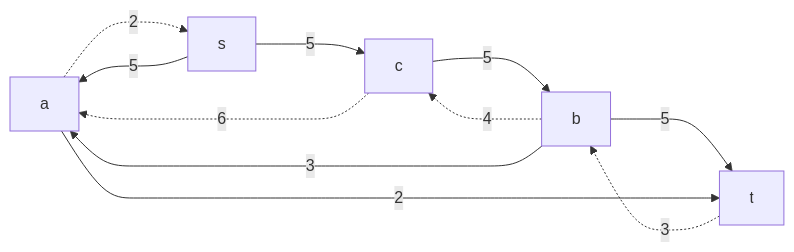
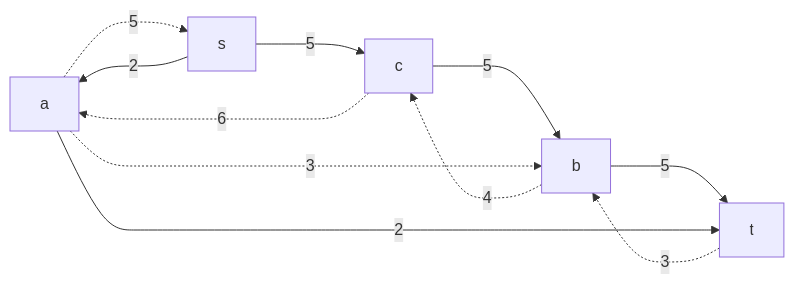
One commit to HSE-algo-23-owl/manual_tasks changed the eighth of 11 diagrams in task_14/zavod_dao_task_14.md. Above: the diagram before and after it, drawn with Mermaid. The commit also changed other lines of this file, not shown here.

````diff
--- a/task_14/zavod_dao_task_14.md
+++ b/task_14/zavod_dao_task_14.md
@@ -148,13 +130,13 @@
 ```mermaid
 graph LR
-    a-.->|2|s
-    s--->|5|a
+    a-.->|5|s
+    s--->|2|a
     s--->|5|c
     c-.->|6|a
     c--->|5|b
     b-.->|4|c
-    b--->|3|a
+    a-.->|3|b 
     b--->|5|t
     t-.->|3|b
     a--->|2|t
 ```
````
